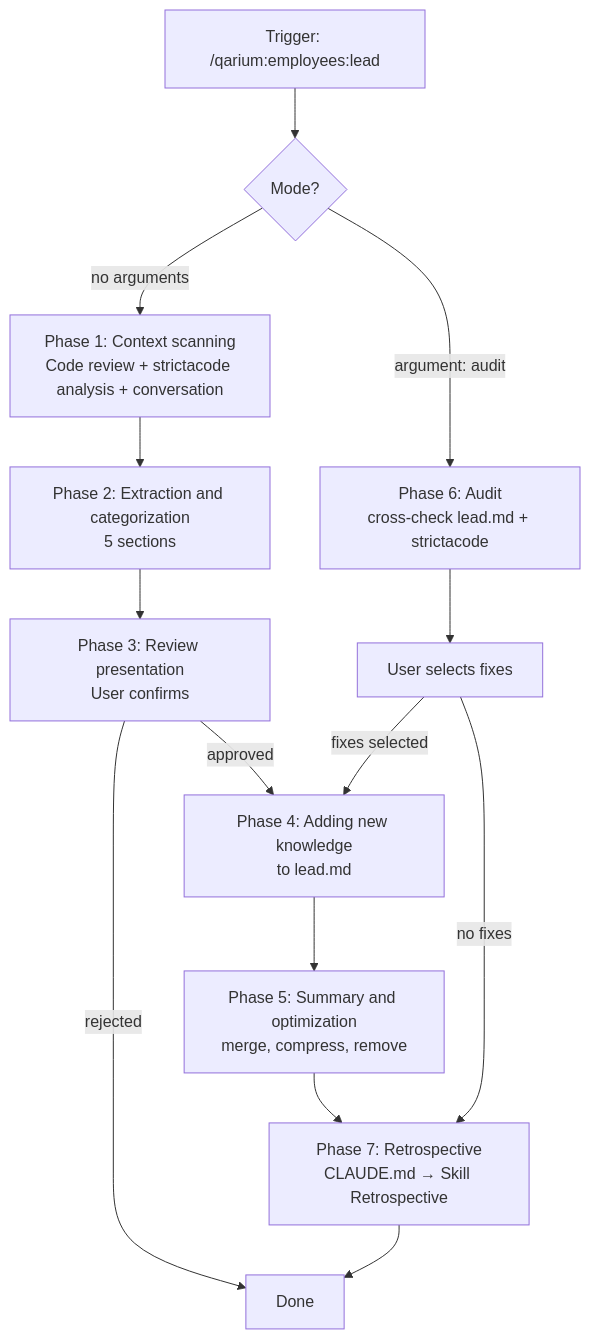
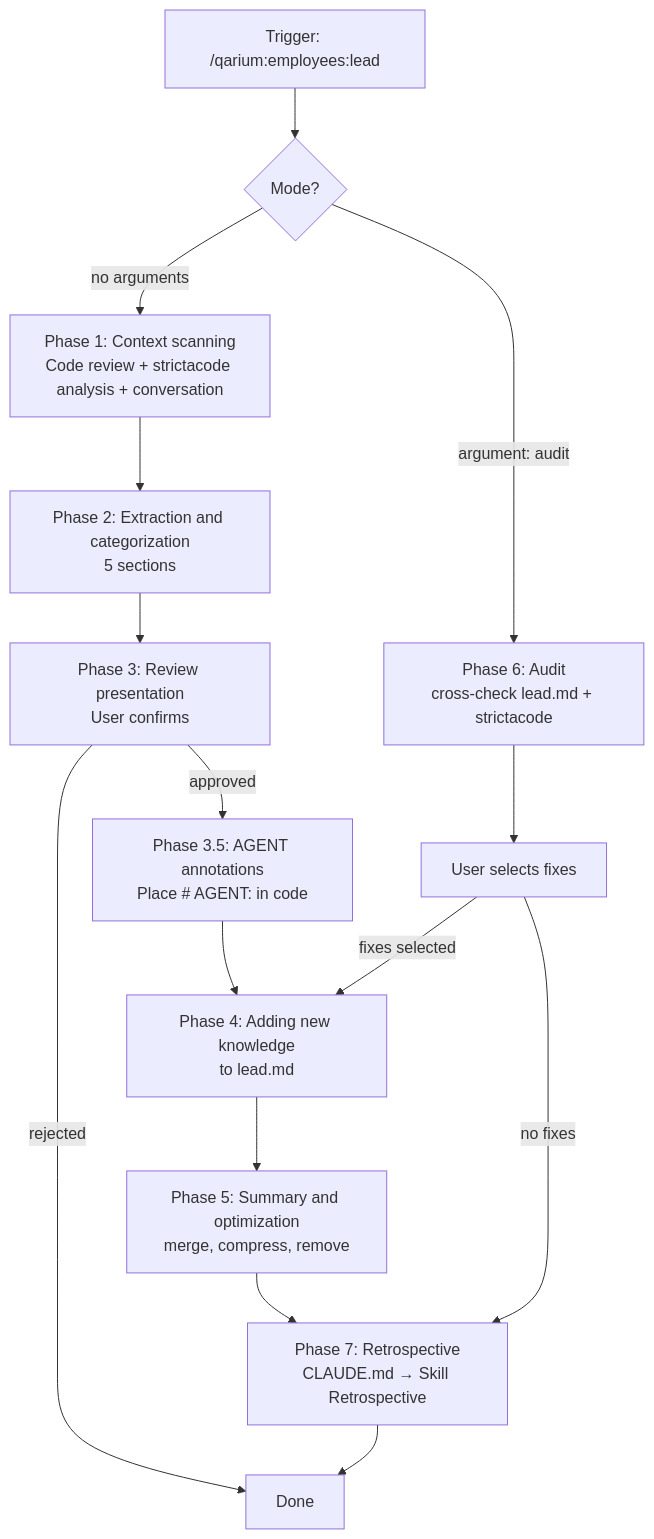
One commit to qarium/ai-python changed the diagram in skills/employees-lead-feature/SKILL.md. Above: the diagram before and after it, drawn with Mermaid. The commit also changed other lines of this file, not shown here.

First line of the commit message:
lead-feature: use AGENT annotations instead of direct code edits

````diff
--- a/skills/employees-lead-feature/SKILL.md
+++ b/skills/employees-lead-feature/SKILL.md
@@ -31,28 +31,30 @@
 ```mermaid
 flowchart TB
     mode{"Mode?"}
     start["Trigger: /qarium:employees:lead"]
     scan["Phase 1: Context scanning<br/>Code review + strictacode analysis + conversation"]
     extract["Phase 2: Extraction and categorization<br/>5 sections"]
     present["Phase 3: Review presentation<br/>User confirms"]
+    annotate["Phase 3.5: AGENT annotations<br/>Place # AGENT: in code"]
     add["Phase 4: Adding new knowledge<br/>to lead.md"]
     summarize["Phase 5: Summary and optimization<br/>merge, compress, remove"]
     audit["Phase 6: Audit<br/>cross-check lead.md + strictacode"]
     audit_fix["User selects fixes"]
     retro["Phase 7: Retrospective<br/>CLAUDE.md → Skill Retrospective"]
     done["Done"]
 
     start --> mode
     mode -->|"no arguments"| scan
     mode -->|"argument: audit"| audit
     scan --> extract
     extract --> present
-    present -->|"approved"| add
+    present -->|"approved"| annotate
+    annotate --> add
     present -->|"rejected"| done
     add --> summarize
     summarize --> retro
     audit --> audit_fix
     audit_fix -->|"fixes selected"| add
     audit_fix -->|"no fixes"| retro
     retro --> done
 ```
````
